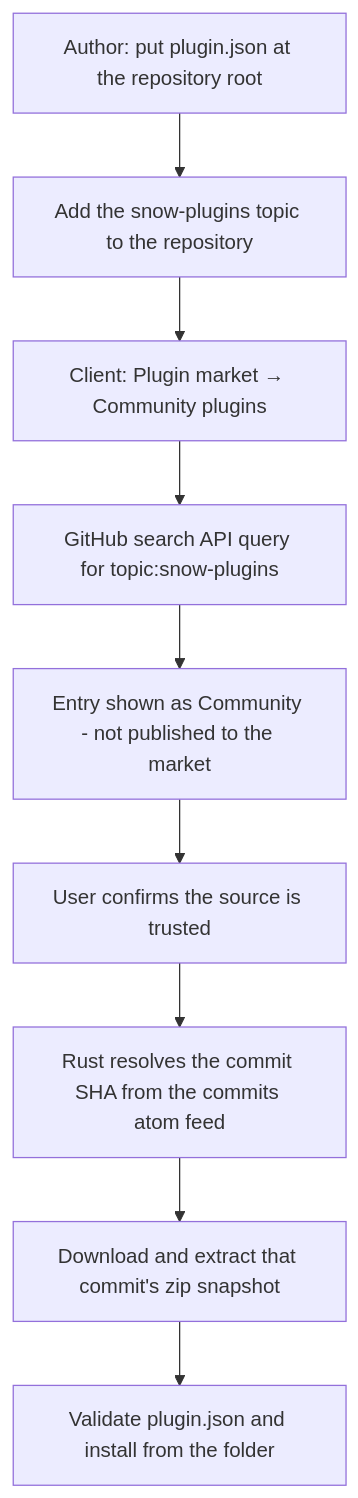
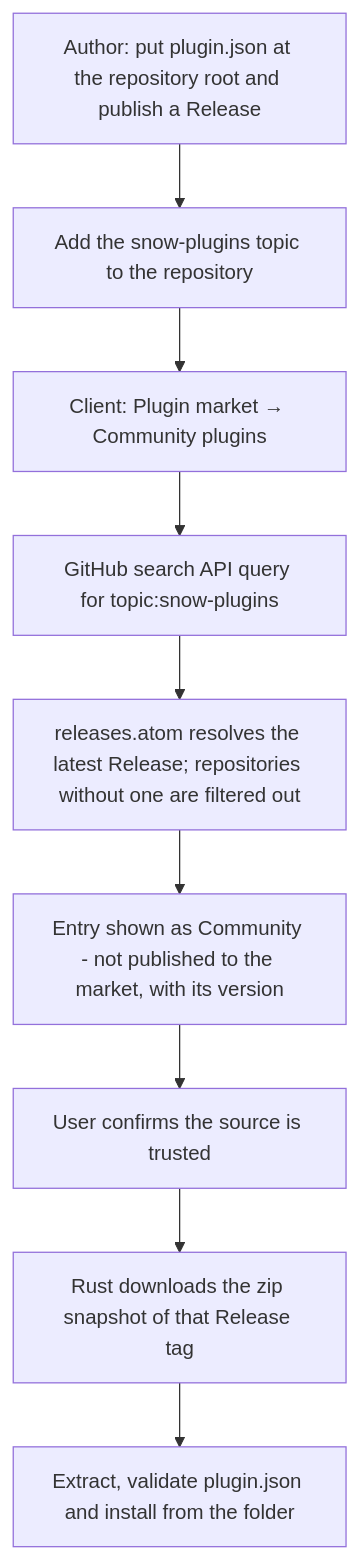
The third of 3 diagrams in docs/en/2-guides/24-plugin-development-and-installation.md (MayDay-wpf/snow-app), drawn with Mermaid before and after one commit. The commit also changed other lines of this file and 47 other files, not shown here.

````diff
--- a/docs/en/2-guides/24-plugin-development-and-installation.md
+++ b/docs/en/2-guides/24-plugin-development-and-installation.md
@@ -821,11 +821,11 @@
 ```mermaid
 flowchart TD
-    A["Author: put plugin.json at the repository root"] --> B["Add the snow-plugins topic to the repository"]
+    A["Author: put plugin.json at the repository root and publish a Release"] --> B["Add the snow-plugins topic to the repository"]
     B --> C["Client: Plugin market → Community plugins"]
     C --> D["GitHub search API query for topic:snow-plugins"]
-    D --> E["Entry shown as Community - not published to the market"]
-    E --> F["User confirms the source is trusted"]
-    F --> G["Rust resolves the commit SHA from the commits atom feed"]
-    G --> H["Download and extract that commit's zip snapshot"]
-    H --> I["Validate plugin.json and install from the folder"]
+    D --> E["releases.atom resolves the latest Release; repositories without one are filtered out"]
+    E --> F["Entry shown as Community - not published to the market, with its version"]
+    F --> G["User confirms the source is trusted"]
+    G --> H["Rust downloads the zip snapshot of that Release tag"]
+    H --> I["Extract, validate plugin.json and install from the folder"]
 ```
````
